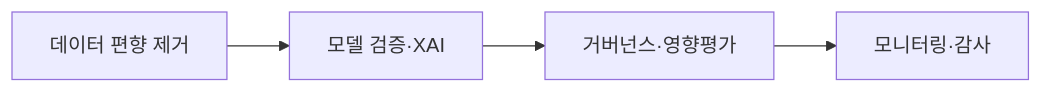
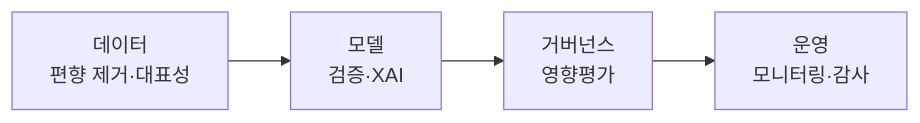
Before and after one commit to coninggu/wjdqhrhksflrltnftk: the second of 2 diagrams in content/ai-trustworthiness.md, drawn with Mermaid. The commit also changed other lines of this file and 19 other files, not shown here.

````diff
--- a/content/ai-trustworthiness.md
+++ b/content/ai-trustworthiness.md
@@ -24,6 +34,6 @@
 ```mermaid
 flowchart LR
-  D[데이터 편향 제거] --> M[모델 검증·XAI]
-  M --> G[거버넌스·영향평가]
-  G --> O[모니터링·감사]
+  D[데이터<br/>편향 제거·대표성] --> M[모델<br/>검증·XAI]
+  M --> G[거버넌스<br/>영향평가]
+  G --> O[운영<br/>모니터링·감사]
 ```
````
